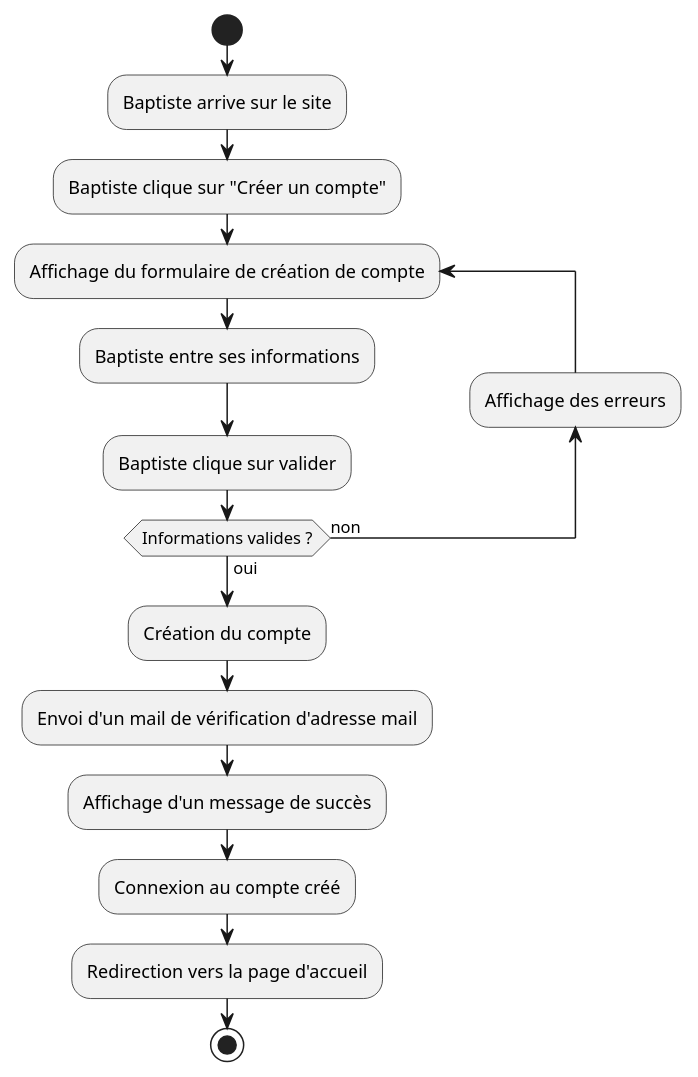
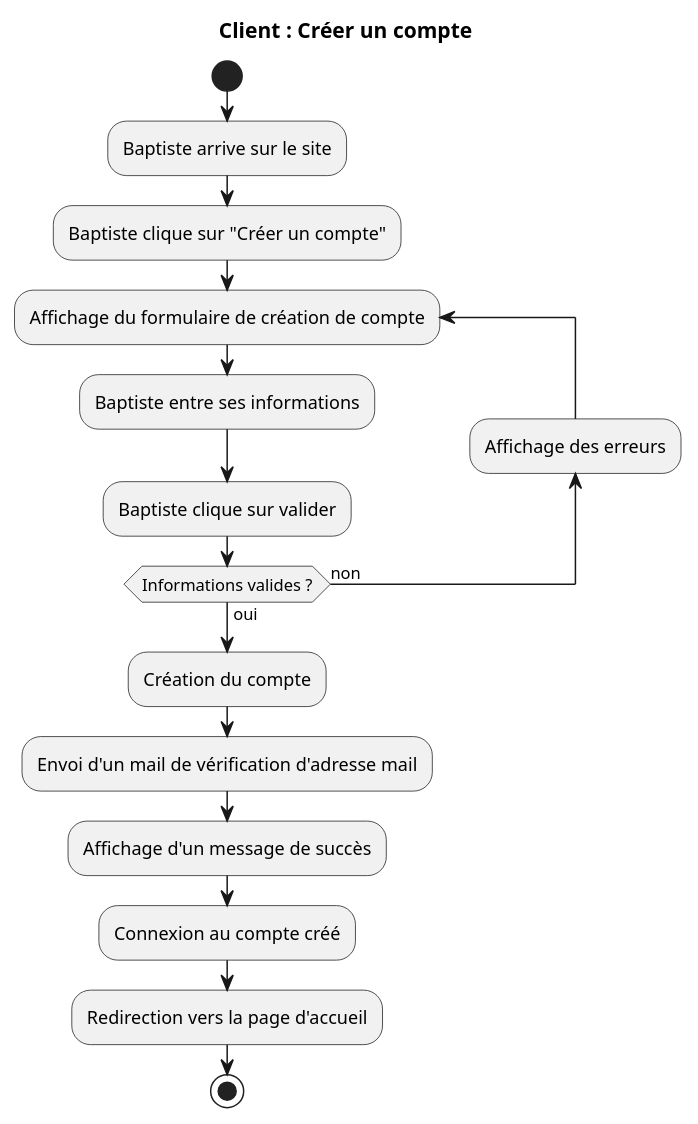
One commit to Gumpah/project_6 changed the diagram in diagrams/client_sign_up.puml. Above: the diagram before and after it, drawn with PlantUML. The commit also changed 25 other files, not shown here.

Commit message:
Adding title to diagrams

```diff
--- a/diagrams/client_sign_up.puml
+++ b/diagrams/client_sign_up.puml
@@ -1,22 +1,24 @@
 @startuml
 'https://plantuml.com/activity-diagram-beta
+
+title Client : Créer un compte
 
 start
 :Baptiste arrive sur le site;
 :Baptiste clique sur "Créer un compte";
 
 repeat :Affichage du formulaire de création de compte;
     :Baptiste entre ses informations;
     :Baptiste clique sur valider;
     backward:Affichage des erreurs;
 repeat while (Informations valides ?) is (non) not (oui)
 
 :Création du compte;
 :Envoi d'un mail de vérification d'adresse mail;
 :Affichage d'un message de succès;
 :Connexion au compte créé;
 :Redirection vers la page d'accueil;
 
 stop
 
 @enduml
```
